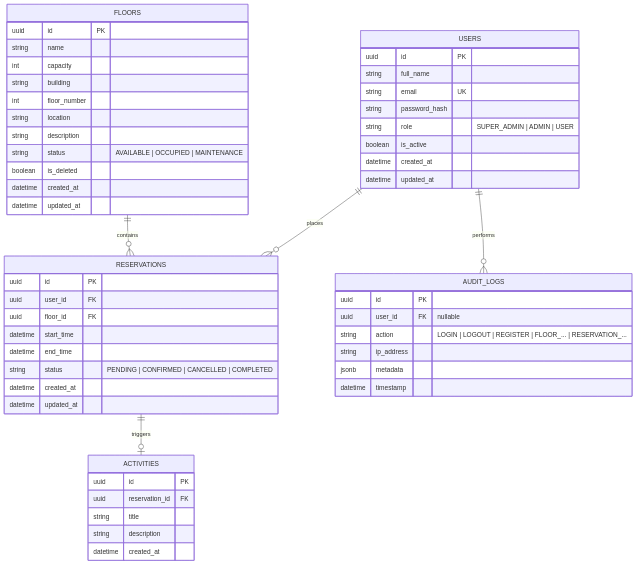
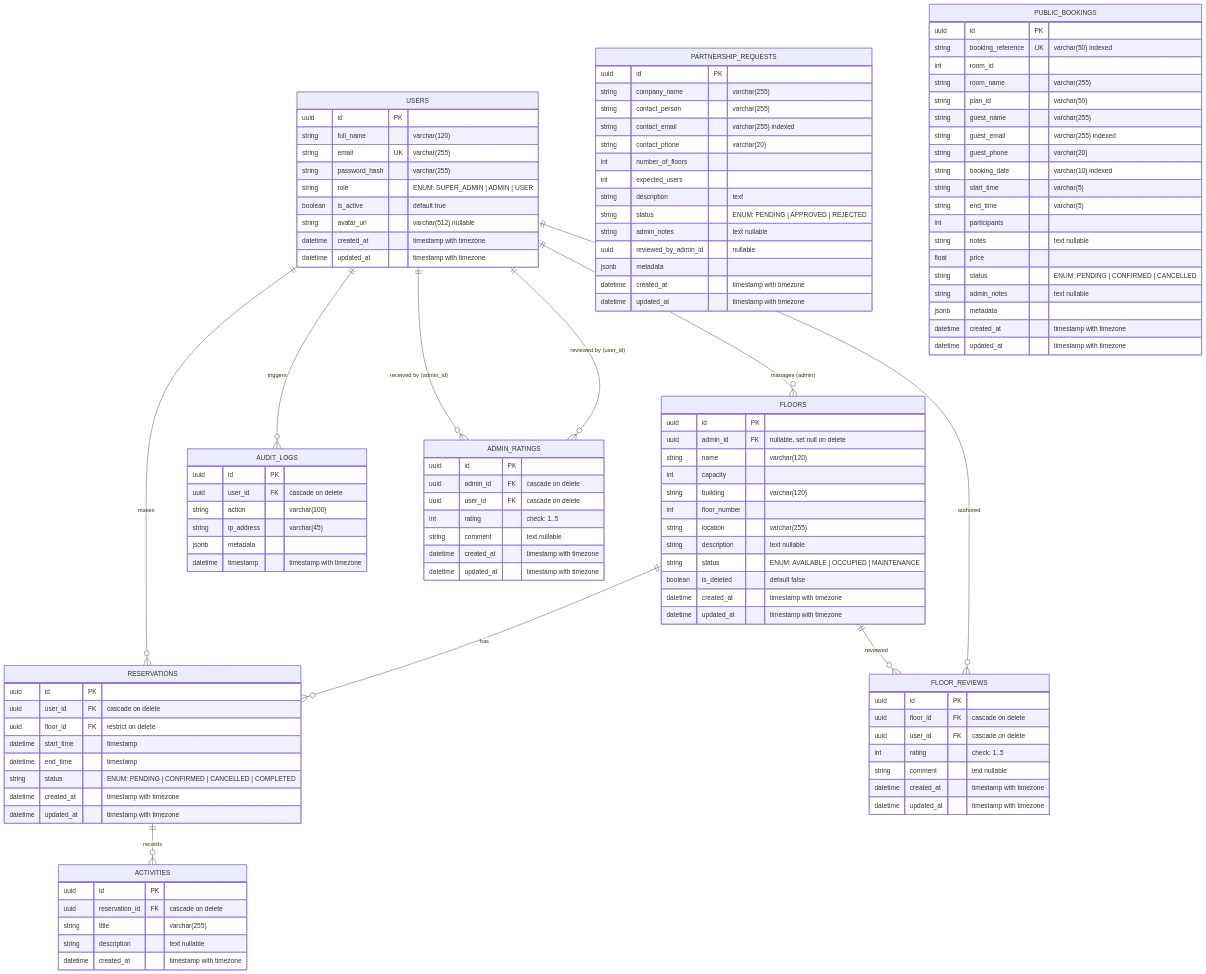
The diagram in TECHNICAL_DOCUMENTATION.md (wissemhammoudi/bookini), drawn with Mermaid before and after one commit. The commit also changed other lines of this file, not shown here.

Commit message:
docs: add detailed DB schemas and environment config reference to TECHNICAL_DOCUMENTATION.md

````diff
--- a/TECHNICAL_DOCUMENTATION.md
+++ b/TECHNICAL_DOCUMENTATION.md
@@ -121,55 +123,117 @@
 erDiagram
     USERS {
         uuid id PK
-        string full_name
-        string email UK
-        string password_hash
-        string role "SUPER_ADMIN | ADMIN | USER"
-        boolean is_active
-        datetime created_at
-        datetime updated_at
+        string full_name "varchar(120)"
+        string email UK "varchar(255)"
+        string password_hash "varchar(255)"
+        string role "ENUM: SUPER_ADMIN | ADMIN | USER"
+        boolean is_active "default true"
+        string avatar_url "varchar(512) nullable"
+        datetime created_at "timestamp with timezone"
+        datetime updated_at "timestamp with timezone"
     }
     FLOORS {
         uuid id PK
-        string name
+        uuid admin_id FK "nullable, set null on delete"
+        string name "varchar(120)"
         int capacity
-        string building
+        string building "varchar(120)"
         int floor_number
-        string location
-        string description
-        string status "AVAILABLE | OCCUPIED | MAINTENANCE"
-        boolean is_deleted
-        datetime created_at
-        datetime updated_at
+        string location "varchar(255)"
+        string description "text nullable"
+        string status "ENUM: AVAILABLE | OCCUPIED | MAINTENANCE"
+        boolean is_deleted "default false"
+        datetime created_at "timestamp with timezone"
+        datetime updated_at "timestamp with timezone"
     }
     RESERVATIONS {
         uuid id PK
-        uuid user_id FK
-        uuid floor_id FK
-        datetime start_time
-        datetime end_time
-        string status "PENDING | CONFIRMED | CANCELLED | COMPLETED"
-        datetime created_at
-        datetime updated_at
+        uuid user_id FK "cascade on delete"
+        uuid floor_id FK "restrict on delete"
+        datetime start_time "timestamp"
+        datetime end_time "timestamp"
+        string status "ENUM: PENDING | CONFIRMED | CANCELLED | COMPLETED"
+        datetime created_at "timestamp with timezone"
+        datetime updated_at "timestamp with timezone"
     }
     ACTIVITIES {
         uuid id PK
-        uuid reservation_id FK
-        string title
-        string description
-        datetime created_at
+        uuid reservation_id FK "cascade on delete"
+        string title "varchar(255)"
+        string description "text nullable"
+        datetime created_at "timestamp with timezone"
     }
     AUDIT_LOGS {
         uuid id PK
-        uuid user_id FK "nullable"
-        string action "LOGIN | LOGOUT | REGISTER | FLOOR_... | RESERVATION_..."
-        string ip_address
+        uuid user_id FK "cascade on delete"
+        string action "varchar(100)"
+        string ip_address "varchar(45)"
         jsonb metadata
-        datetime timestamp
+        datetime timestamp "timestamp with timezone"
+    }
+    ADMIN_RATINGS {
+        uuid id PK
+        uuid admin_id FK "cascade on delete"
+        uuid user_id FK "cascade on delete"
+        int rating "check: 1..5"
+        string comment "text nullable"
+        datetime created_at "timestamp with timezone"
+        datetime updated_at "timestamp with timezone"
+    }
+    FLOOR_REVIEWS {
+        uuid id PK
+        uuid floor_id FK "cascade on delete"
+        uuid user_id FK "cascade on delete"
+        int rating "check: 1..5"
+        string comment "text nullable"
+        datetime created_at "timestamp with timezone"
+        datetime updated_at "timestamp with timezone"
+    }
+    PARTNERSHIP_REQUESTS {
+        uuid id PK
+        string company_name "varchar(255)"
+        string contact_person "varchar(255)"
+        string contact_email "varchar(255) indexed"
+        string contact_phone "varchar(20)"
+        int number_of_floors
+        int expected_users
+        string description "text"
+        string status "ENUM: PENDING | APPROVED | REJECTED"
+        string admin_notes "text nullable"
+        uuid reviewed_by_admin_id "nullable"
+        jsonb metadata
+        datetime created_at "timestamp with timezone"
+        datetime updated_at "timestamp with timezone"
+    }
+    PUBLIC_BOOKINGS {
+        uuid id PK
+        string booking_reference UK "varchar(50) indexed"
+        int room_id
+        string room_name "varchar(255)"
+        string plan_id "varchar(50)"
+        string guest_name "varchar(255)"
+        string guest_email "varchar(255) indexed"
+        string guest_phone "varchar(20)"
+        string booking_date "varchar(10) indexed"
+        string start_time "varchar(5)"
+        string end_time "varchar(5)"
+        int participants
+        string notes "text nullable"
+        float price
+        string status "ENUM: PENDING | CONFIRMED | CANCELLED"
+        string admin_notes "text nullable"
+        jsonb metadata
+        datetime created_at "timestamp with timezone"
+        datetime updated_at "timestamp with timezone"
     }
 
-    USERS ||--o{ RESERVATIONS : places
-    FLOORS ||--o{ RESERVATIONS : contains
-    RESERVATIONS ||--o| ACTIVITIES : triggers
-    USERS ||--o{ AUDIT_LOGS : performs
+    USERS ||--o{ FLOORS : "manages (admin)"
+    USERS ||--o{ RESERVATIONS : "makes"
+    FLOORS ||--o{ RESERVATIONS : "has"
+    RESERVATIONS ||--o{ ACTIVITIES : "records"
+    USERS ||--o{ AUDIT_LOGS : "triggers"
+    USERS ||--o{ ADMIN_RATINGS : "received by (admin_id)"
+    USERS ||--o{ ADMIN_RATINGS : "reviewed by (user_id)"
+    FLOORS ||--o{ FLOOR_REVIEWS : "reviewed"
+    USERS ||--o{ FLOOR_REVIEWS : "authored"
 ```
````
